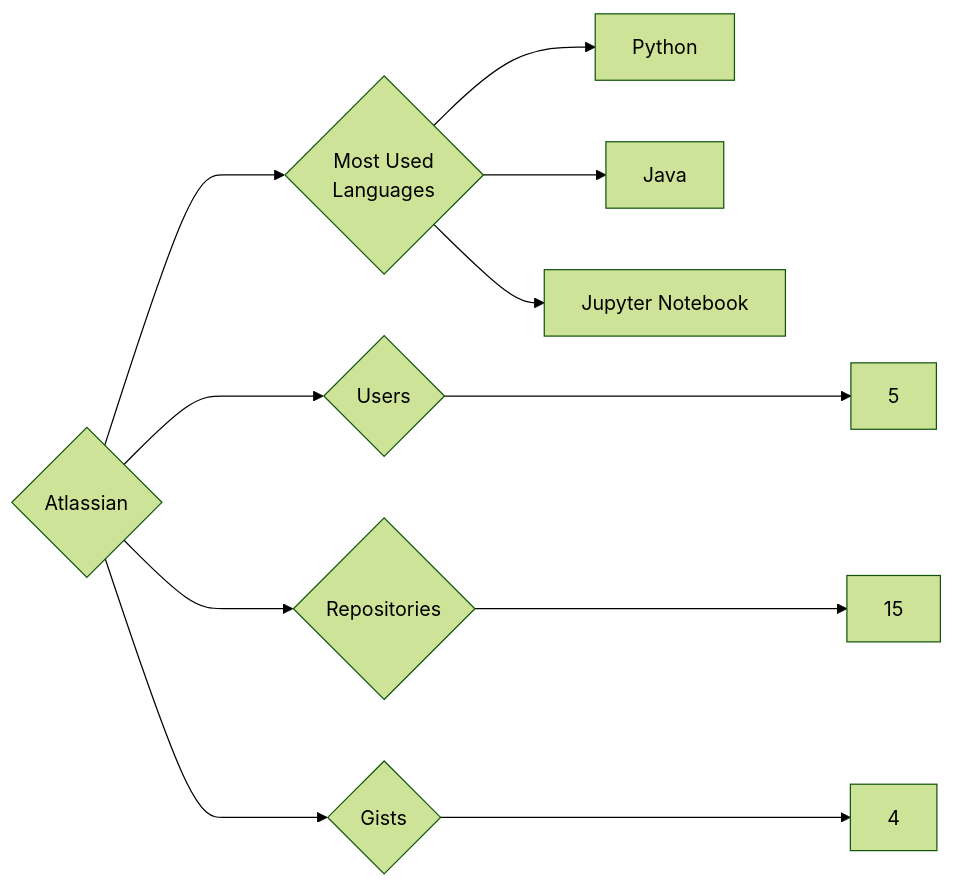
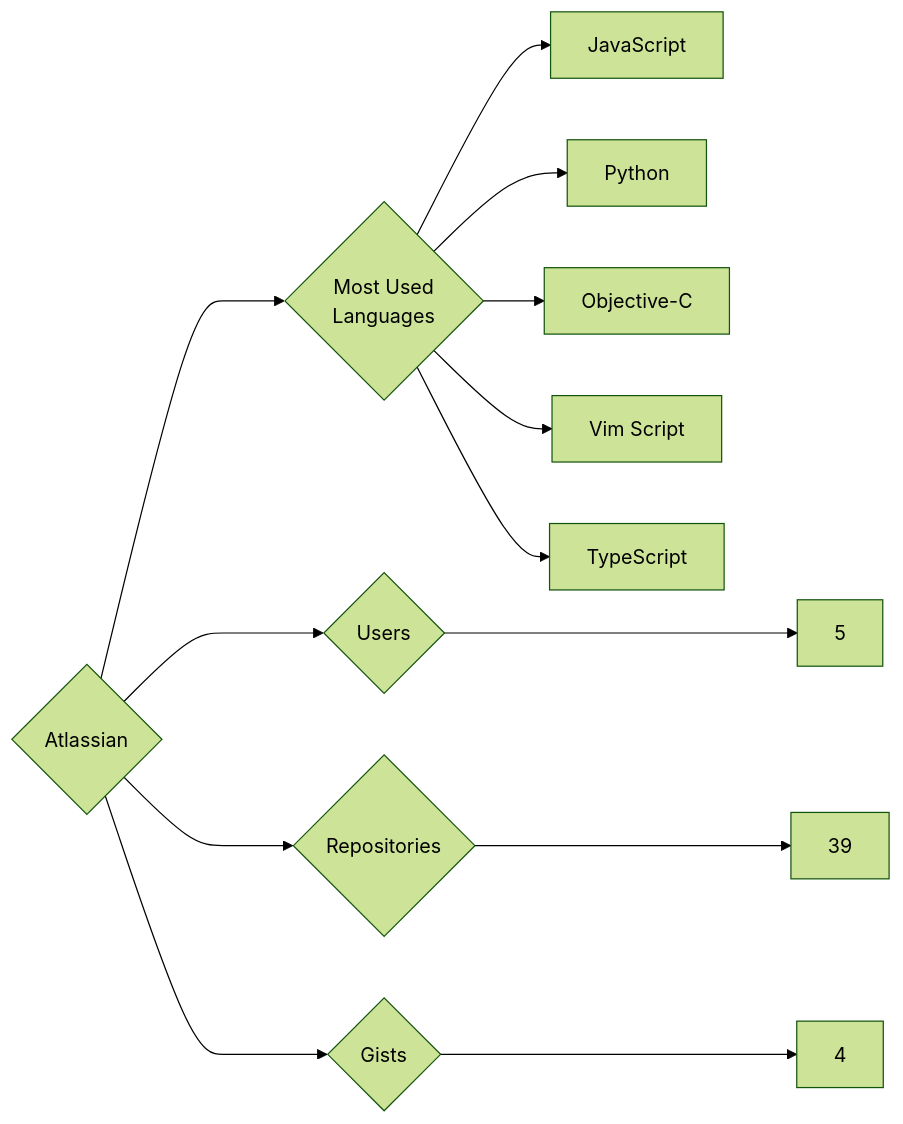
Before and after one commit to trickest/insiders: the diagram in targets/Atlassian/README.md, drawn with Mermaid (forest theme). The commit also changed 1148 other files, not shown here.

````diff
--- a/targets/Atlassian/README.md
+++ b/targets/Atlassian/README.md
@@ -3,11 +3,13 @@
 ```mermaid
 graph LR
 COMPANY_NAME{Atlassian}
 COMPANY_NAME ---> U{Users} ---> UN[5]
-COMPANY_NAME ---> R{Repositories} ---> RN[15]
+COMPANY_NAME ---> R{Repositories} ---> RN[39]
 COMPANY_NAME ---> G{Gists} ---> GN[4]
 COMPANY_NAME ---> ML{Most Used<br>Languages}
+ML --> JavaScript[JavaScript]
 ML --> Python[Python]
-ML --> Java[Java]
-ML --> Jupyter_Notebook[Jupyter Notebook]
+ML --> Objective-C[Objective-C]
+ML --> Vim_Script[Vim Script]
+ML --> TypeScript[TypeScript]
 ```
````
